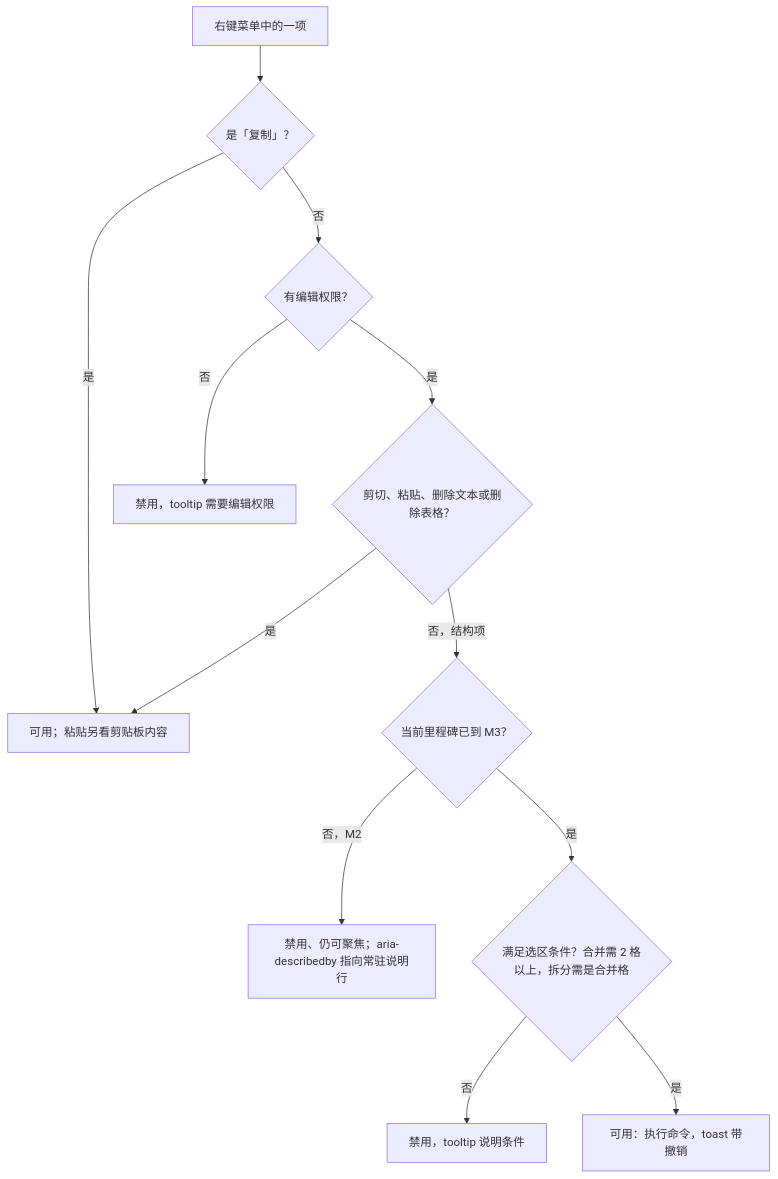
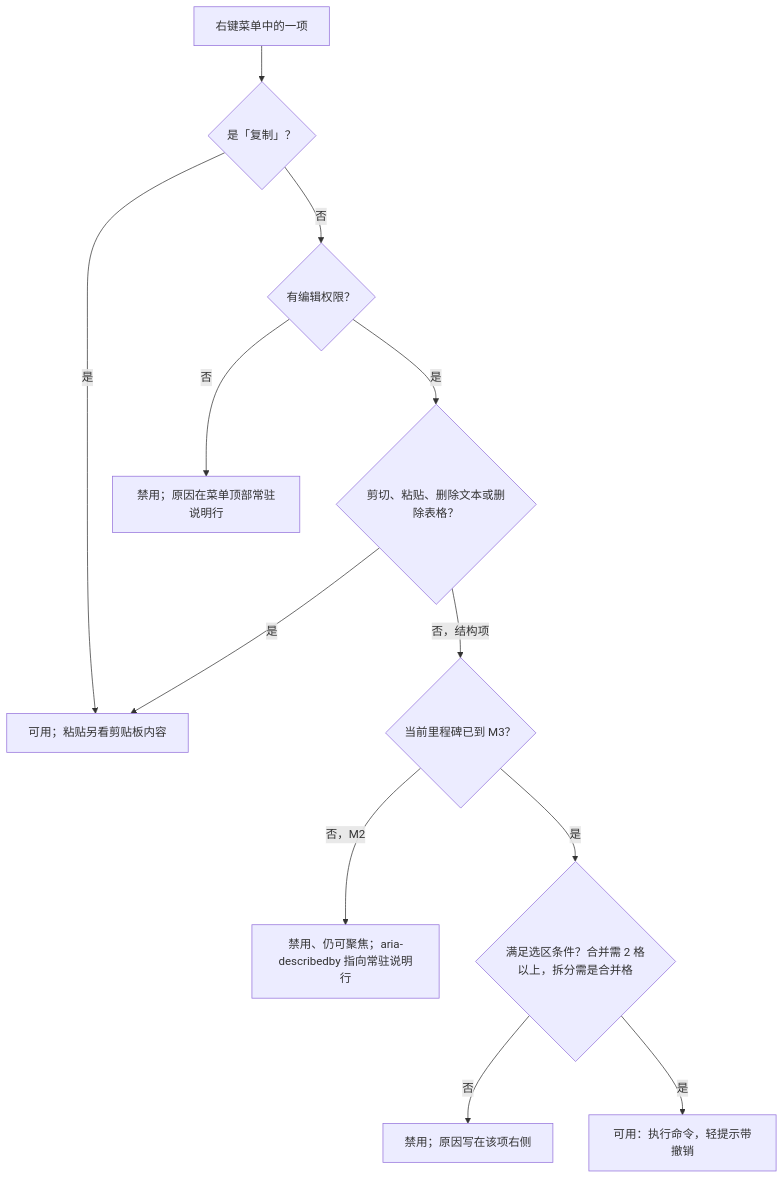
Before and after one commit to Xeonice/cordis-ppt-editor: the seventh of 9 diagrams in docs/20-design/03-screens/30-table-editing.md, drawn with Mermaid. The commit also changed other lines of this file and 44 other files, not shown here.

````diff
--- a/docs/20-design/03-screens/30-table-editing.md
+++ b/docs/20-design/03-screens/30-table-editing.md
@@ -452,25 +556,25 @@
 ```mermaid
 flowchart TB
   item["右键菜单中的一项"]
   isCopy{"是「复制」？"}
   perm{"有编辑权限？"}
-  noPerm["禁用，tooltip 需要编辑权限"]
+  noPerm["禁用；原因在菜单顶部常驻说明行"]
   isText{"剪切、粘贴、删除文本或删除表格？"}
   clip["可用；粘贴另看剪贴板内容"]
   ms{"当前里程碑已到 M3？"}
   m2off["禁用、仍可聚焦；aria-describedby 指向常驻说明行"]
   cond{"满足选区条件？合并需 2 格以上，拆分需是合并格"}
-  condOff["禁用，tooltip 说明条件"]
-  on["可用：执行命令，toast 带撤销"]
+  condOff["禁用；原因写在该项右侧"]
+  on["可用：执行命令，轻提示带撤销"]
   item --> isCopy
   isCopy -->|"是"| clip
   isCopy -->|"否"| perm
   perm -->|"否"| noPerm
   perm -->|"是"| isText
   isText -->|"是"| clip
   isText -->|"否，结构项"| ms
   ms -->|"否，M2"| m2off
   ms -->|"是"| cond
   cond -->|"否"| condOff
   cond -->|"是"| on
 ```
````
